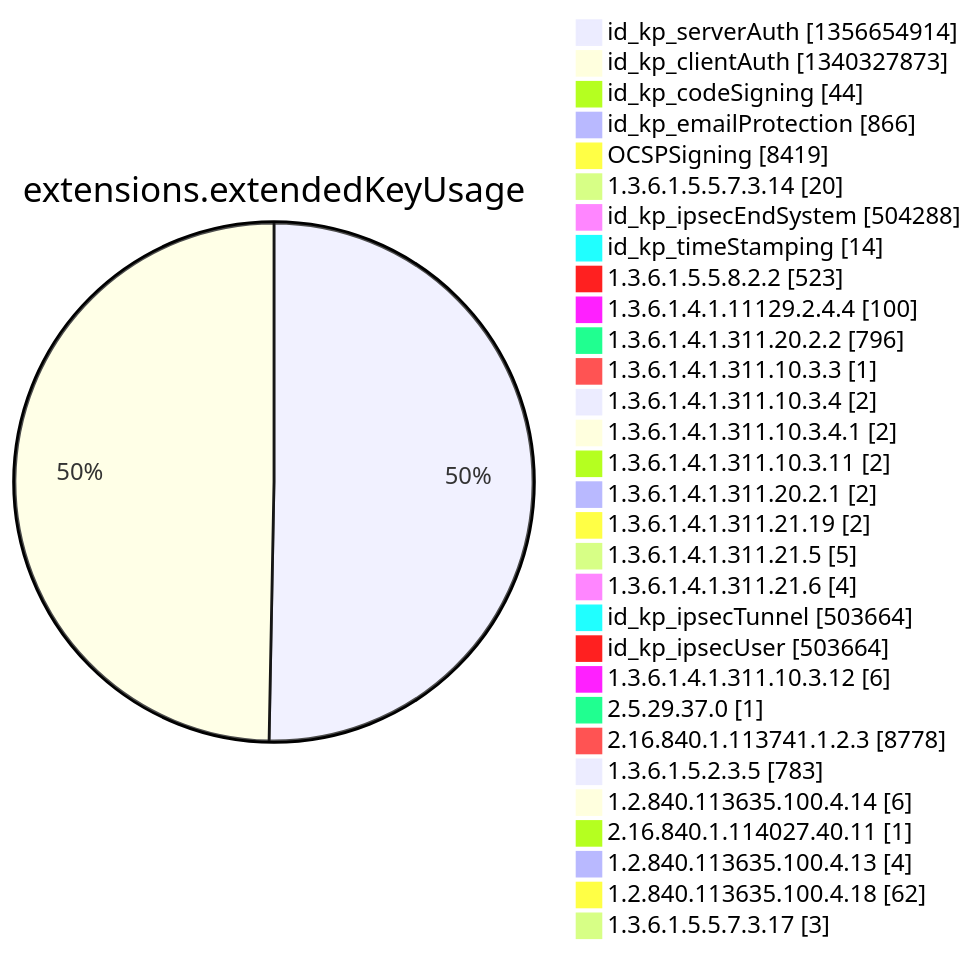
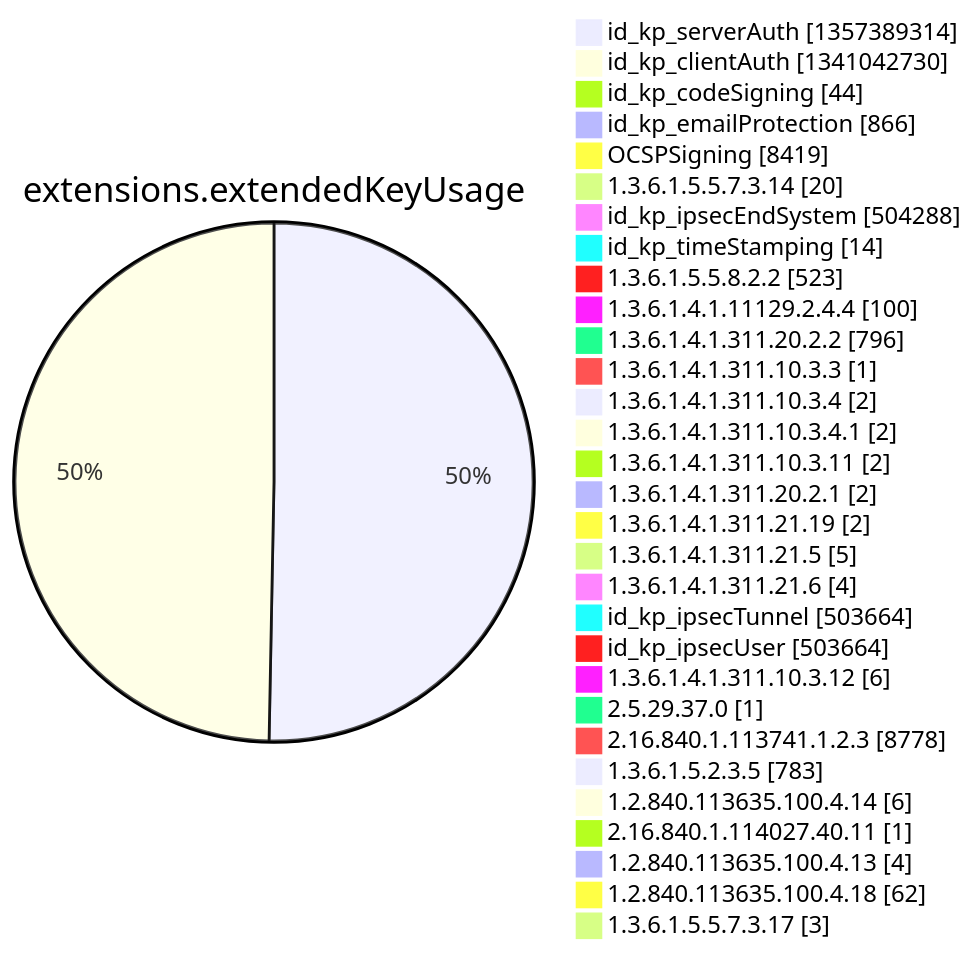
Diagram 12 of 15 in argon2022/README.md (christiankrug/ctmonitor_visualization), drawn with Mermaid before and after one commit. The commit also changed other lines of this file, not shown here.

````diff
--- a/argon2022/README.md
+++ b/argon2022/README.md
@@ -3553,34 +3553,34 @@
 ```mermaid
 pie showData
 title extensions.extendedKeyUsage
-"id_kp_serverAuth" :1356654914
-"id_kp_clientAuth" :1340327873
+"id_kp_serverAuth" :1357389314
+"id_kp_clientAuth" :1341042730
 "id_kp_codeSigning" :44
 "id_kp_emailProtection" :866
 "OCSPSigning" :8419
 "1.3.6.1.5.5.7.3.14" :20
 "id_kp_ipsecEndSystem" :504288
 "id_kp_timeStamping" :14
 "1.3.6.1.5.5.8.2.2" :523
 "1.3.6.1.4.1.11129.2.4.4" :100
 "1.3.6.1.4.1.311.20.2.2" :796
 "1.3.6.1.4.1.311.10.3.3" :1
 "1.3.6.1.4.1.311.10.3.4" :2
 "1.3.6.1.4.1.311.10.3.4.1" :2
 "1.3.6.1.4.1.311.10.3.11" :2
 "1.3.6.1.4.1.311.20.2.1" :2
 "1.3.6.1.4.1.311.21.19" :2
 "1.3.6.1.4.1.311.21.5" :5
 "1.3.6.1.4.1.311.21.6" :4
 "id_kp_ipsecTunnel" :503664
 "id_kp_ipsecUser" :503664
 "1.3.6.1.4.1.311.10.3.12" :6
 "2.5.29.37.0" :1
 "2.16.840.1.113741.1.2.3" :8778
 "1.3.6.1.5.2.3.5" :783
 "1.2.840.113635.100.4.14" :6
 "2.16.840.1.114027.40.11" :1
 "1.2.840.113635.100.4.13" :4
 "1.2.840.113635.100.4.18" :62
 "1.3.6.1.5.5.7.3.17" :3
 ```
````
